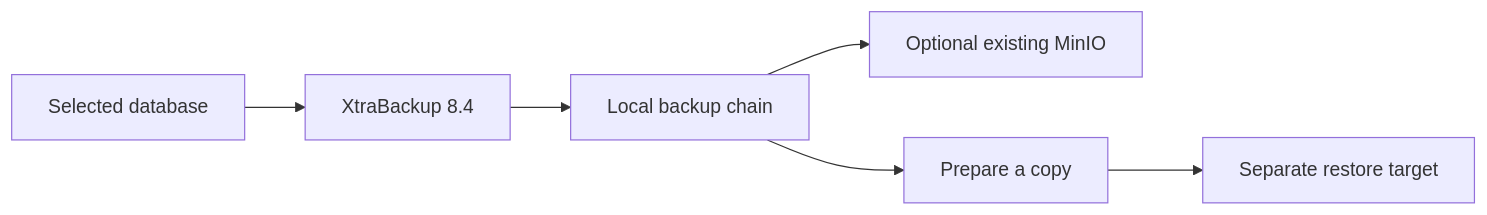
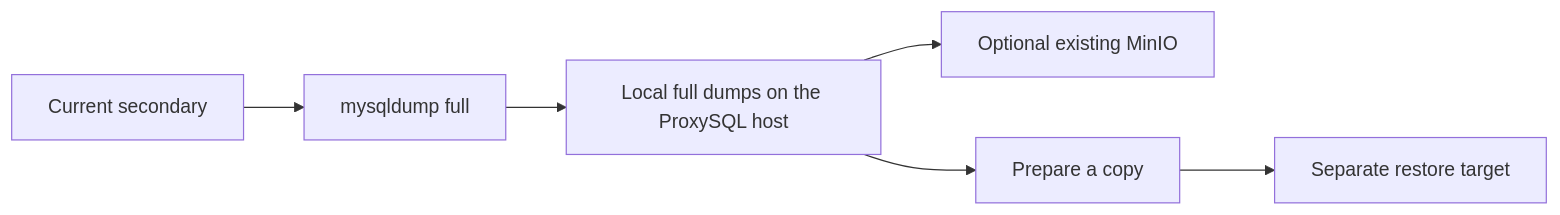
One commit to vishuops0210/percona_server_8.4 changed the diagram in docs/backup-and-restore.md. Above: the diagram before and after it, drawn with Mermaid. The commit also changed other lines of this file and 45 other files, not shown here.

````diff
--- a/docs/backup-and-restore.md
+++ b/docs/backup-and-restore.md
@@ -3,8 +3,8 @@
 ```mermaid
 flowchart LR
-  DB[Selected database] --> X[XtraBackup 8.4]
-  X --> L[Local backup chain]
+  DB[Current secondary] --> X[mysqldump full]
+  X --> L[Local full dumps on the ProxySQL host]
   L --> O[Optional existing MinIO]
   L --> P[Prepare a copy]
   P --> T[Separate restore target]
 ```
````
